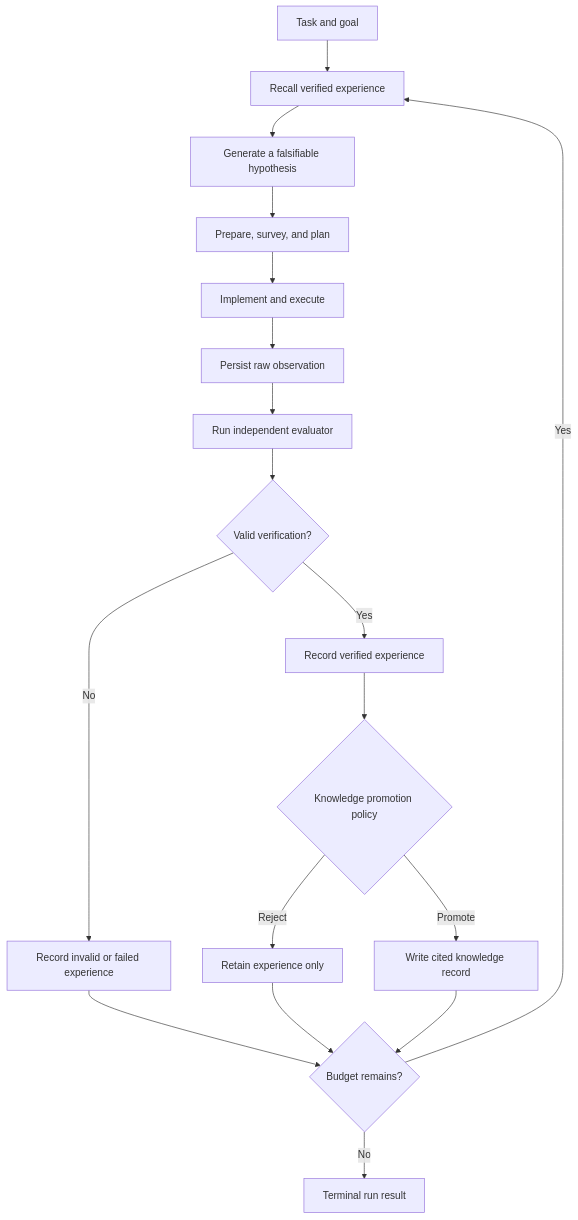
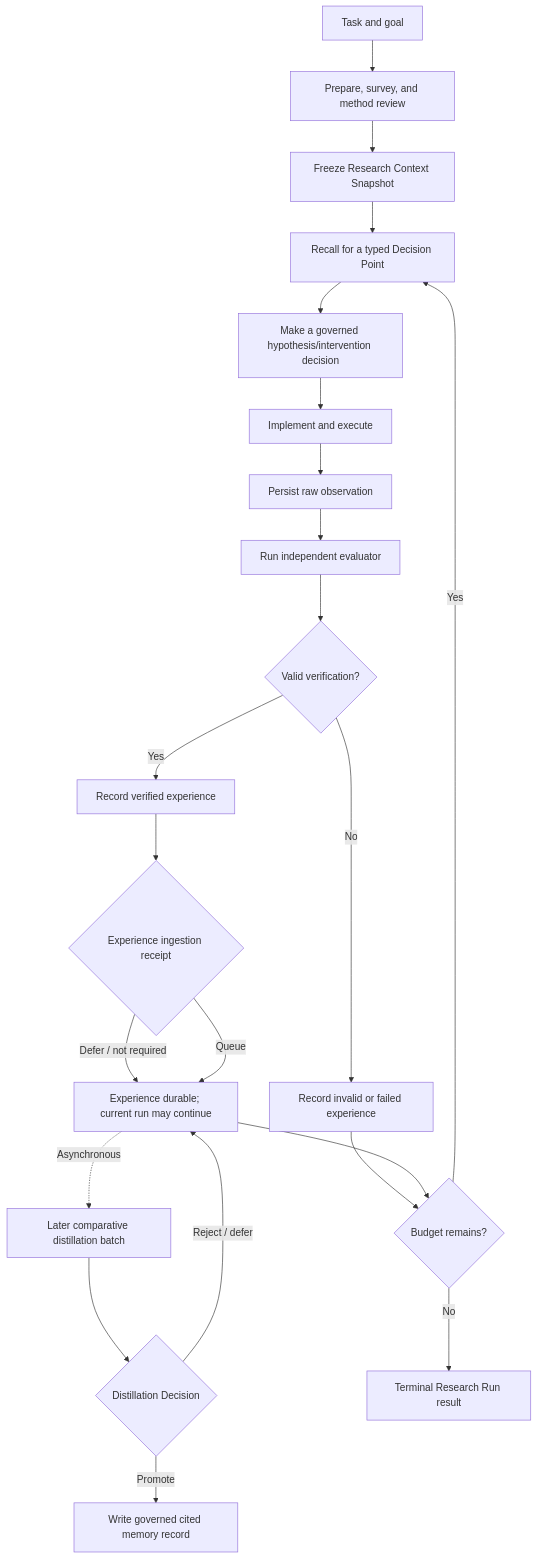
One commit to LIHUA919/AI-Researcher changed the diagram in docs/design/experience-driven-research-loop.md. Above: the diagram before and after it, drawn with Mermaid. The commit also changed other lines of this file and 15 other files, not shown here.

Commit message:
docs: add governed research architecture plans

````diff
--- a/docs/design/experience-driven-research-loop.md
+++ b/docs/design/experience-driven-research-loop.md
@@ -238,20 +298,24 @@
 ```mermaid
 flowchart TD
-    Q["Task and goal"] --> R["Recall verified experience"]
-    R --> H["Generate a falsifiable hypothesis"]
-    H --> P["Prepare, survey, and plan"]
-    P --> X["Implement and execute"]
+    Q["Task and goal"] --> P["Prepare, survey, and method review"]
+    P --> S["Freeze Research Context Snapshot"]
+    S --> R["Recall for a typed Decision Point"]
+    R --> H["Make a governed hypothesis/intervention decision"]
+    H --> X["Implement and execute"]
     X --> O["Persist raw observation"]
     O --> V["Run independent evaluator"]
     V --> D{"Valid verification?"}
     D -- "No" --> A["Record invalid or failed experience"]
     D -- "Yes" --> E["Record verified experience"]
-    E --> G{"Knowledge promotion policy"}
-    G -- "Reject" --> N["Retain experience only"]
-    G -- "Promote" --> K["Write cited knowledge record"]
+    E --> G{"Experience ingestion receipt"}
+    G -- "Defer / not required" --> N["Experience durable; current run may continue"]
+    G -- "Queue" --> N
+    N -. "Asynchronous" .-> B["Later comparative distillation batch"]
+    B --> J{"Distillation Decision"}
+    J -- "Reject / defer" --> N
+    J -- "Promote" --> K["Write governed cited memory record"]
     A --> C{"Budget remains?"}
     N --> C
-    K --> C
     C -- "Yes" --> R
-    C -- "No" --> T["Terminal run result"]
+    C -- "No" --> T["Terminal Research Run result"]
 ```
````
